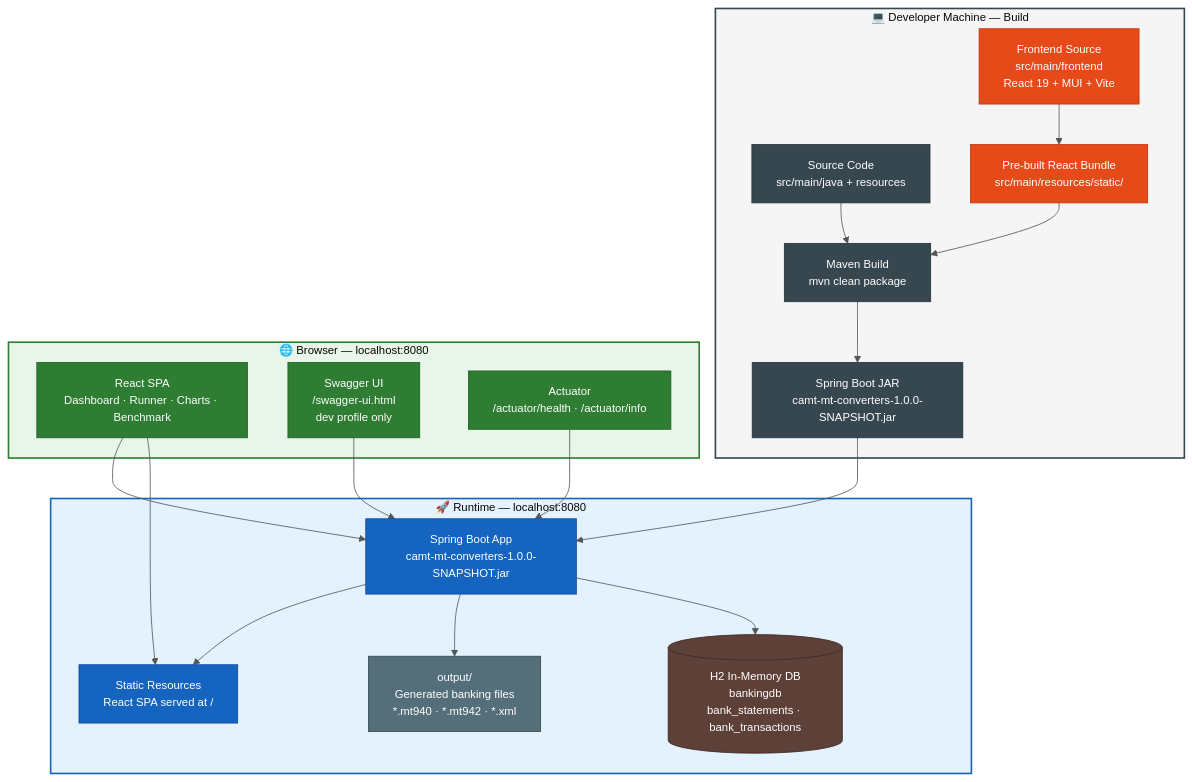
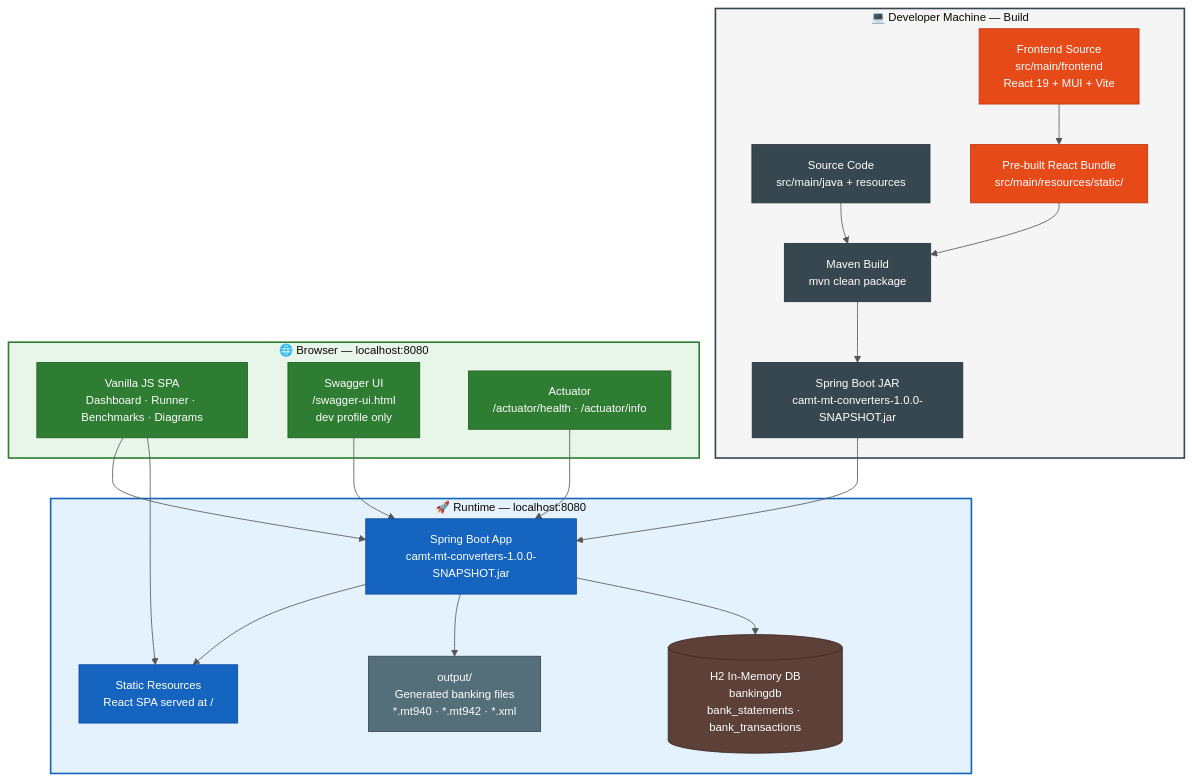
Before and after one commit to wallaceespindola/camt-mt-converters: the diagram in docs/diagrams/deployment-diagram.mmd, drawn with Mermaid. The commit also changed 2 other files, not shown here.

Commit message:
Update diagrams: rename Charts to Benchmarks in all diagram labels

```diff
--- a/docs/diagrams/deployment-diagram.mmd
+++ b/docs/diagrams/deployment-diagram.mmd
@@ -1,53 +1,53 @@
 %%{init: {'theme': 'base', 'themeVariables': {'lineColor': '#555555', 'fontSize': '14px'}}}%%
 graph TB
     subgraph DEV["💻  Developer Machine  —  Build"]
         SRC["Source Code\nsrc/main/java + resources"]
         FE_SRC["Frontend Source\nsrc/main/frontend\nReact 19 + MUI + Vite"]
         STATIC["Pre-built React Bundle\nsrc/main/resources/static/"]
         MVN["Maven Build\nmvn clean package"]
         JAR["Spring Boot JAR\ncamt-mt-converters-1.0.0-SNAPSHOT.jar"]
         FE_SRC --> STATIC
         SRC --> MVN
         STATIC --> MVN
         MVN --> JAR
     end
 
     subgraph RUNTIME["🚀  Runtime  —  localhost:8080"]
         SB["Spring Boot App\ncamt-mt-converters-1.0.0-SNAPSHOT.jar"]
         H2[("H2 In-Memory DB\nbankingdb\nbank_statements · bank_transactions")]
         OUTPUT["output/\nGenerated banking files\n*.mt940 · *.mt942 · *.xml"]
         STATIC_SRV["Static Resources\nReact SPA served at /"]
         SB --> H2
         SB --> OUTPUT
         SB --> STATIC_SRV
     end
 
     subgraph BROWSER["🌐  Browser  —  localhost:8080"]
-        SPA["React SPA\nDashboard · Runner · Charts · Benchmark"]
+        SPA["Vanilla JS SPA\nDashboard · Runner · Benchmarks · Diagrams"]
         SWAGGER["Swagger UI\n/swagger-ui.html\ndev profile only"]
         ACTUATOR["Actuator\n/actuator/health · /actuator/info"]
     end
 
     JAR --> SB
     SPA --> STATIC_SRV
     SPA --> SB
     SWAGGER --> SB
     ACTUATOR --> SB
 
     classDef buildCls   fill:#37474F,stroke:#263238,color:#fff
     classDef feCls      fill:#E64A19,stroke:#BF360C,color:#fff
     classDef runtimeCls fill:#1565C0,stroke:#0D47A1,color:#fff
     classDef dbCls      fill:#5D4037,stroke:#3E2723,color:#fff
     classDef outCls     fill:#546E7A,stroke:#37474F,color:#fff
     classDef browserCls fill:#2E7D32,stroke:#1B5E20,color:#fff
 
     class SRC,MVN,JAR buildCls
     class FE_SRC,STATIC feCls
     class SB,STATIC_SRV runtimeCls
     class H2 dbCls
     class OUTPUT outCls
     class SPA,SWAGGER,ACTUATOR browserCls
 
     style DEV     fill:#F5F5F5,stroke:#37474F,stroke-width:2px
     style RUNTIME fill:#E3F2FD,stroke:#1565C0,stroke-width:2px
     style BROWSER fill:#E8F5E9,stroke:#2E7D32,stroke-width:2px
```
